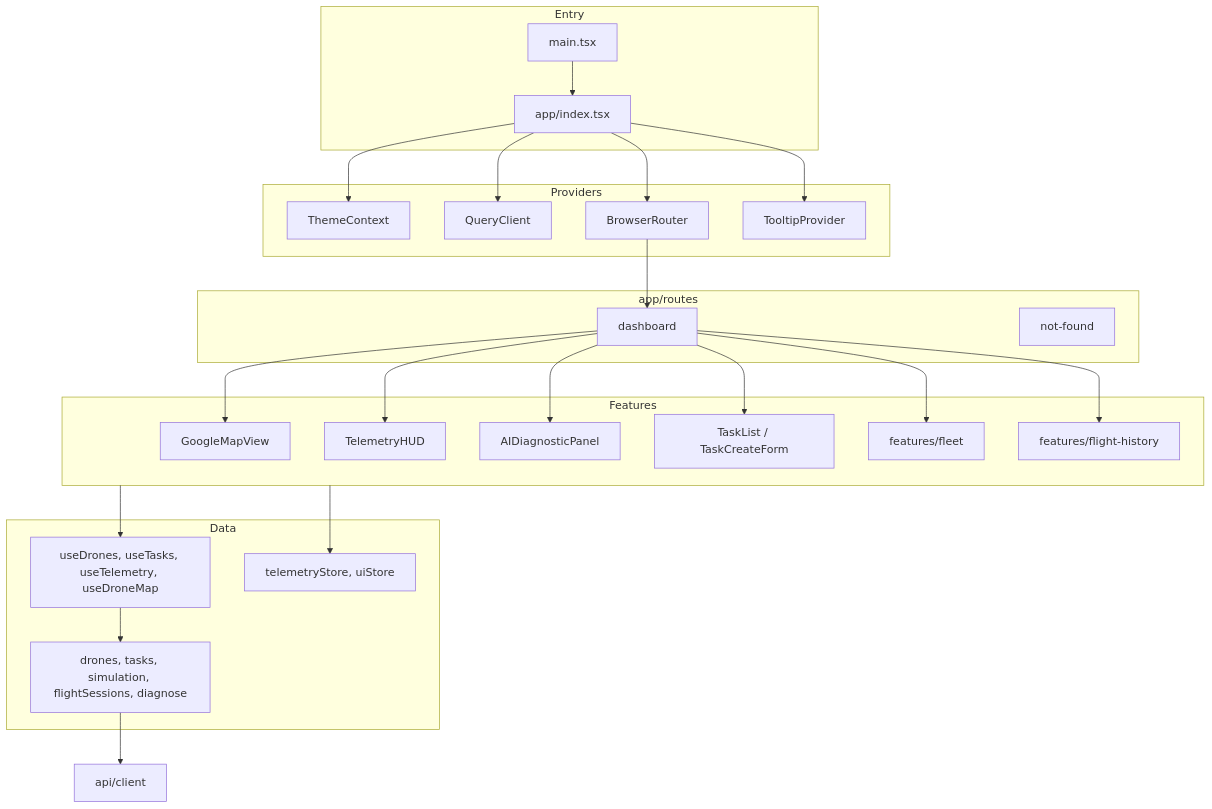
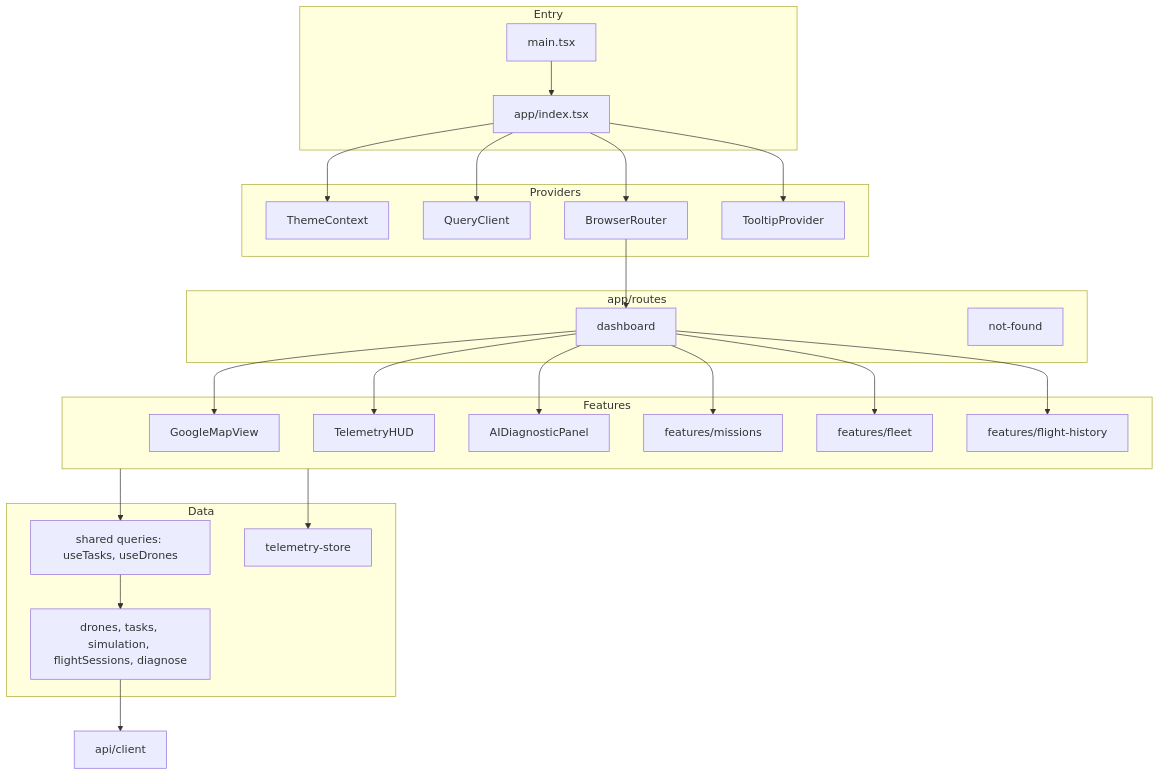
The second of 3 diagrams in README.md (sam821203/InsightAero), drawn with Mermaid before and after one commit. The commit also changed other lines of this file and 19 other files, not shown here.

````diff
--- a/README.md
+++ b/README.md
@@ -254,46 +254,46 @@
 ```mermaid
 flowchart TB
   subgraph Entry
     main[main.tsx]
     App[app/index.tsx]
   end
   subgraph Providers
     Theme[ThemeContext]
     Query[QueryClient]
     Router[BrowserRouter]
     Tooltip[TooltipProvider]
   end
   subgraph Routes["app/routes"]
     Index[dashboard]
     NotFound[not-found]
   end
   subgraph Features
     Map[GoogleMapView]
     HUD[TelemetryHUD]
     AI[AIDiagnosticPanel]
-    Tasks[TaskList / TaskCreateForm]
+    Tasks[features/missions]
     Drones[features/fleet]
     Sessions[features/flight-history]
   end
   subgraph Data
-    hooks[useDrones, useTasks, useTelemetry, useDroneMap]
-    stores[telemetryStore, uiStore]
+    hooks[shared queries: useTasks, useDrones]
+    stores[telemetry-store]
     api[drones, tasks, simulation, flightSessions, diagnose]
   end
   main --> App
   App --> Theme
   App --> Query
   App --> Router
   App --> Tooltip
   Router --> Index
   Index --> Map
   Index --> HUD
   Index --> AI
   Index --> Tasks
   Index --> Drones
   Index --> Sessions
   Features --> hooks
   Features --> stores
   hooks --> api
   api --> client[api/client]
 ```
````
